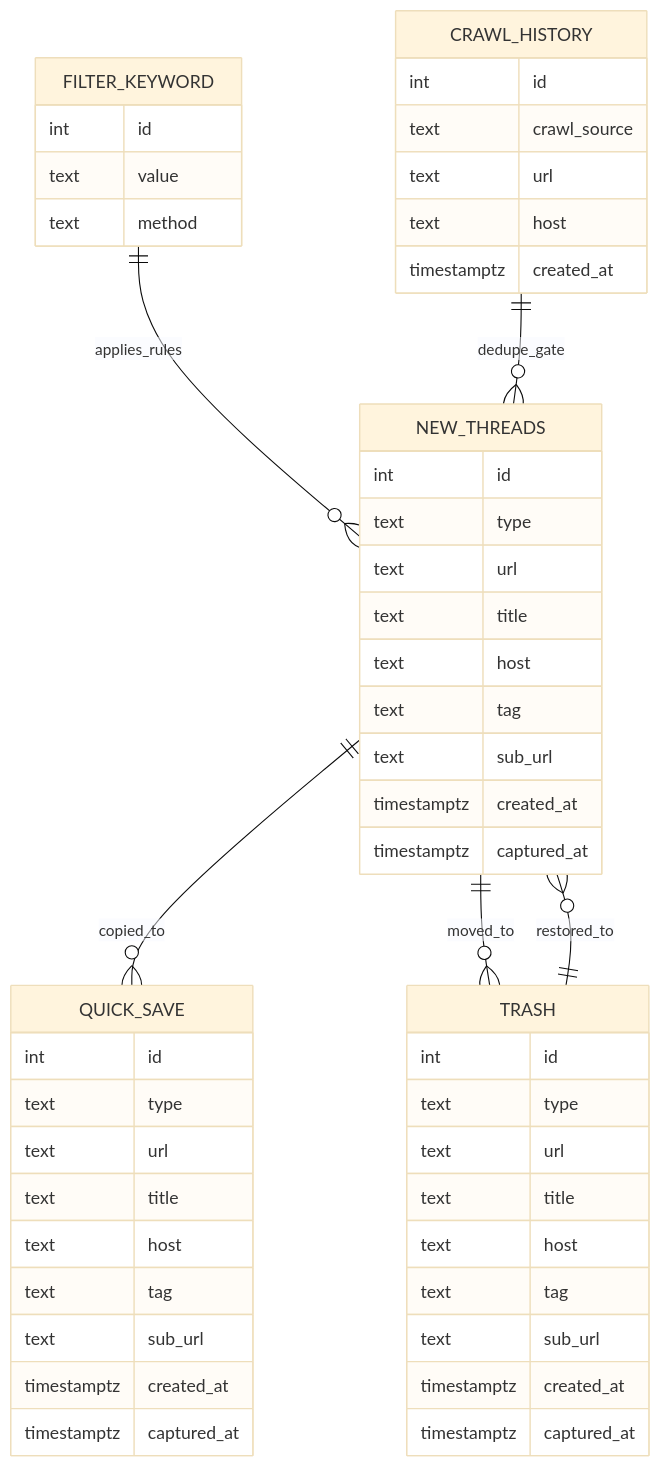
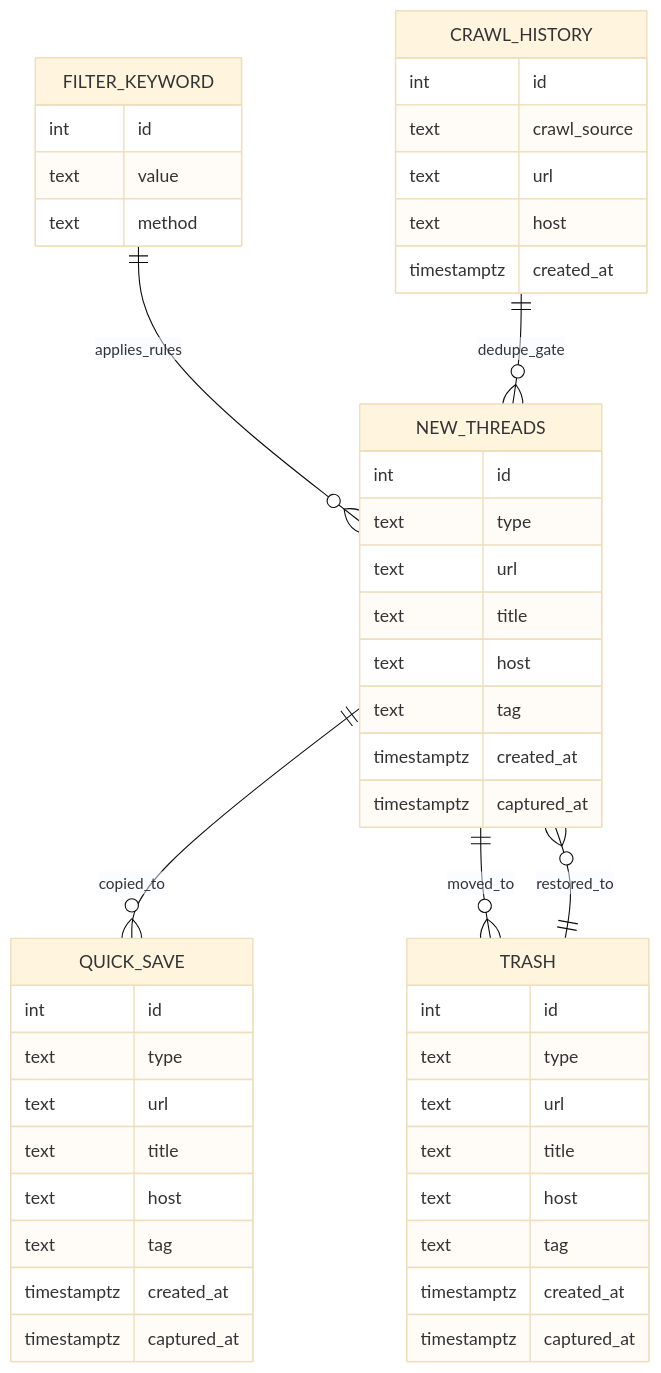
The diagram in README.md (rlatmfrl24/applemint-v3), drawn with Mermaid (base theme) before and after one commit. The commit also changed other lines of this file and 41 other files, not shown here.

````diff
--- a/README.md
+++ b/README.md
@@ -80,58 +80,55 @@
 ```mermaid
 erDiagram
     FILTER_KEYWORD {
       int id
       text value
       text method
     }
 
     CRAWL_HISTORY {
       int id
       text crawl_source
       text url
       text host
       timestamptz created_at
     }
 
     NEW_THREADS {
       int id
       text type
       text url
       text title
       text host
       text tag
-      text sub_url
       timestamptz created_at
       timestamptz captured_at
     }
 
     QUICK_SAVE {
       int id
       text type
       text url
       text title
       text host
       text tag
-      text sub_url
       timestamptz created_at
       timestamptz captured_at
     }
 
     TRASH {
       int id
       text type
       text url
       text title
       text host
       text tag
-      text sub_url
       timestamptz created_at
       timestamptz captured_at
     }
 
     FILTER_KEYWORD ||--o{ NEW_THREADS : applies_rules
     CRAWL_HISTORY ||--o{ NEW_THREADS : dedupe_gate
     NEW_THREADS ||--o{ QUICK_SAVE : copied_to
     NEW_THREADS ||--o{ TRASH : moved_to
     TRASH ||--o{ NEW_THREADS : restored_to
 ```
````
